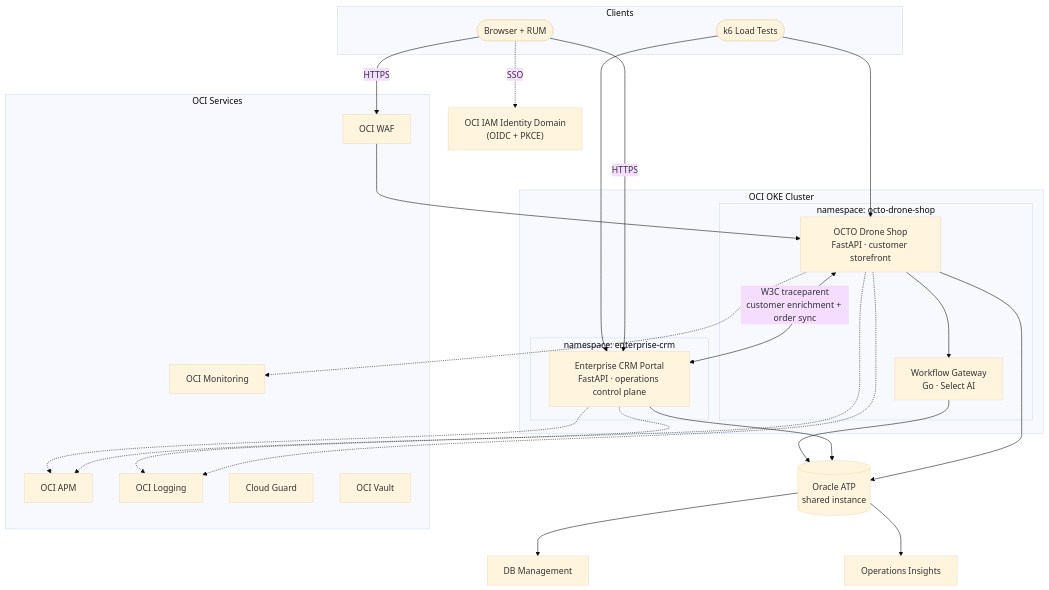
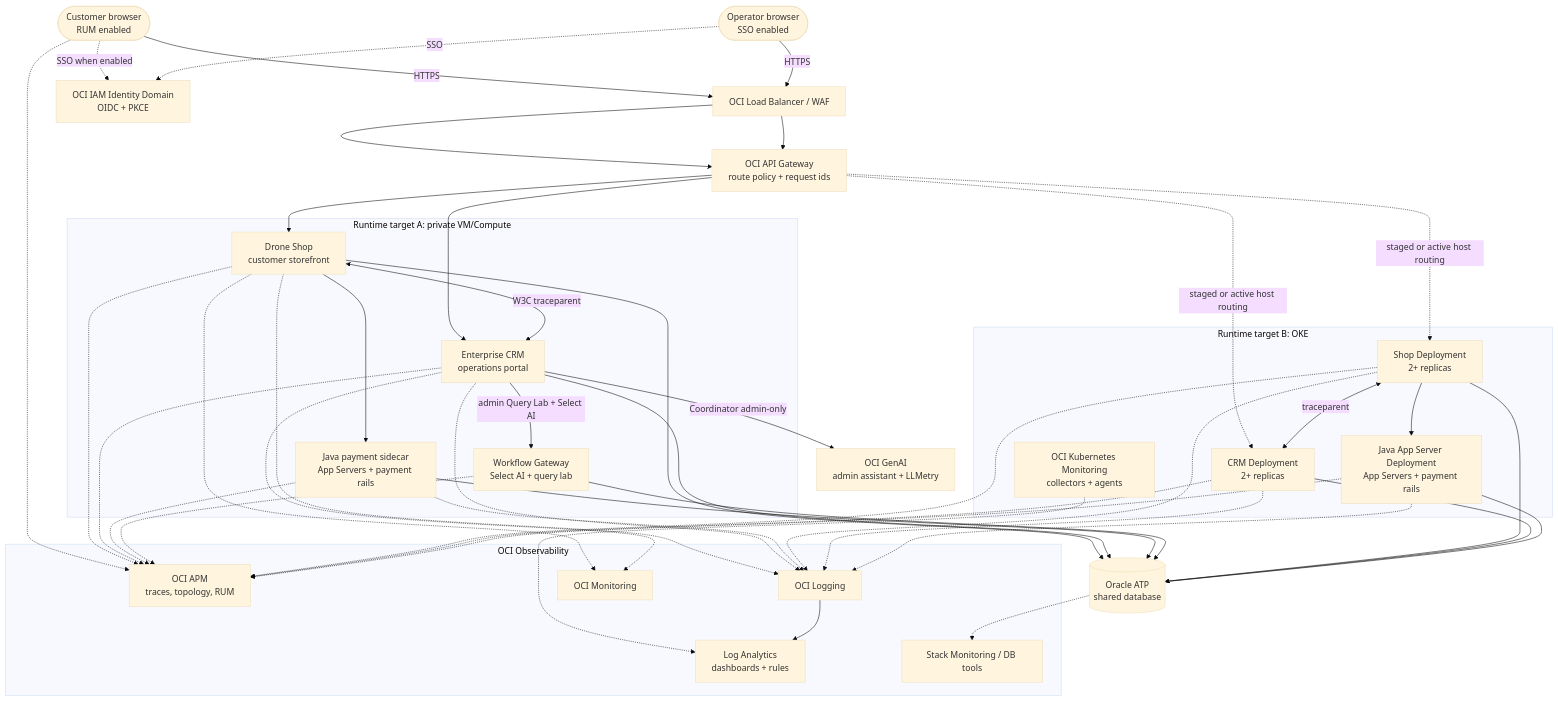
One commit to adibirzu/octo-apm-demo changed the diagram in site/architecture/platform-overview.md. Above: the diagram before and after it, drawn with Mermaid (base theme). The commit also changed other lines of this file and 455 other files, not shown here.

First line of the commit message:
feat: ship milestone v1.0 — observability, payment, deployment parity, admin AI security, docs, workshop screenshots, one-click deploy

````diff
--- a/site/architecture/platform-overview.md
+++ b/site/architecture/platform-overview.md
@@ -7,53 +38,74 @@
 ```mermaid
 flowchart TD
-    subgraph Clients ["Clients"]
-        Browser(["Browser + RUM"])
-        K6(["k6 Load Tests"])
+    Browser(["Customer browser<br/>RUM enabled"])
+    Operator(["Operator browser<br/>SSO enabled"])
+    Edge["OCI Load Balancer / WAF"]
+    Gateway["OCI API Gateway<br/>route policy + request ids"]
+
+    subgraph VMRuntime ["Runtime target A: private VM/Compute"]
+        Shop["Drone Shop<br/>customer storefront"]
+        CRM["Enterprise CRM<br/>operations portal"]
+        Java["Java payment sidecar<br/>App Servers + payment rails"]
+        WGW["Workflow Gateway<br/>Select AI + query lab"]
     end
 
-    IDCS["OCI IAM Identity Domain<br/>(OIDC + PKCE)"]
-
-    subgraph OKE ["OCI OKE Cluster"]
-        subgraph NS1 ["namespace: octo-drone-shop"]
-            Shop["OCTO Drone Shop<br/>FastAPI · customer storefront"]
-            WGW["Workflow Gateway<br/>Go · Select AI"]
-        end
-        subgraph NS2 ["namespace: enterprise-crm"]
-            CRM["Enterprise CRM Portal<br/>FastAPI · operations control plane"]
-        end
+    subgraph OKERuntime ["Runtime target B: OKE"]
+        KShop["Shop Deployment<br/>2+ replicas"]
+        KCRM["CRM Deployment<br/>2+ replicas"]
+        KJava["Java App Server Deployment<br/>App Servers + payment rails"]
+        ONM["OCI Kubernetes Monitoring<br/>collectors + agents"]
     end
 
-    subgraph OCI ["OCI Services"]
-        APM["OCI APM"]
+    ATP[(Oracle ATP<br/>shared database)]
+    IDCS["OCI IAM Identity Domain<br/>OIDC + PKCE"]
+    GenAI["OCI GenAI<br/>admin assistant + LLMetry"]
+
+    subgraph Observability ["OCI Observability"]
+        APM["OCI APM<br/>traces, topology, RUM"]
         Logging["OCI Logging"]
+        LA["Log Analytics<br/>dashboards + rules"]
         Monitoring["OCI Monitoring"]
-        WAF["OCI WAF"]
-        CloudGuard["Cloud Guard"]
-        Vault["OCI Vault"]
+        Stack["Stack Monitoring / DB tools"]
     end
 
-    DB[(Oracle ATP<br/>shared instance)]
-    DBMgmt["DB Management"]
-    OPSI["Operations Insights"]
+    Browser -->|HTTPS| Edge --> Gateway --> Shop
+    Operator -->|HTTPS| Edge --> Gateway --> CRM
+    Gateway -.->|staged or active host routing| KShop
+    Gateway -.->|staged or active host routing| KCRM
+    Browser -.->|SSO when enabled| IDCS
+    Operator -.->|SSO| IDCS
 
-    Browser -->|HTTPS| WAF --> Shop
-    Browser -->|HTTPS| CRM
-    Browser -.->|SSO| IDCS
-    K6 --> Shop
-    K6 --> CRM
+    Shop <-->|W3C traceparent| CRM
+    Shop --> Java
+    CRM -->|admin Query Lab + Select AI| WGW
+    Shop --> ATP
+    CRM --> ATP
+    Java --> ATP
+    WGW --> ATP
+    CRM -->|Coordinator admin-only| GenAI
+    KShop --> KJava
+    KShop <-->|traceparent| KCRM
+    KShop --> ATP
+    KCRM --> ATP
+    KJava --> ATP
 
-    Shop <-->|"W3C traceparent<br/>customer enrichment + order sync"| CRM
-    Shop --> WGW
-    Shop --> DB
-    CRM --> DB
-    WGW --> DB
-
-    DB --> DBMgmt
-    DB --> OPSI
-
+    Browser -.-> APM
     Shop -.-> APM
     CRM -.-> APM
+    Java -.-> APM
+    WGW -.-> APM
+    KShop -.-> APM
+    KCRM -.-> APM
+    KJava -.-> APM
     Shop -.-> Logging
     CRM -.-> Logging
+    Java -.-> Logging
+    KShop -.-> Logging
+    KCRM -.-> Logging
+    KJava -.-> Logging
+    ONM -.-> LA
+    Logging --> LA
     Shop -.-> Monitoring
+    CRM -.-> Monitoring
+    ATP -.-> Stack
 ```
````
